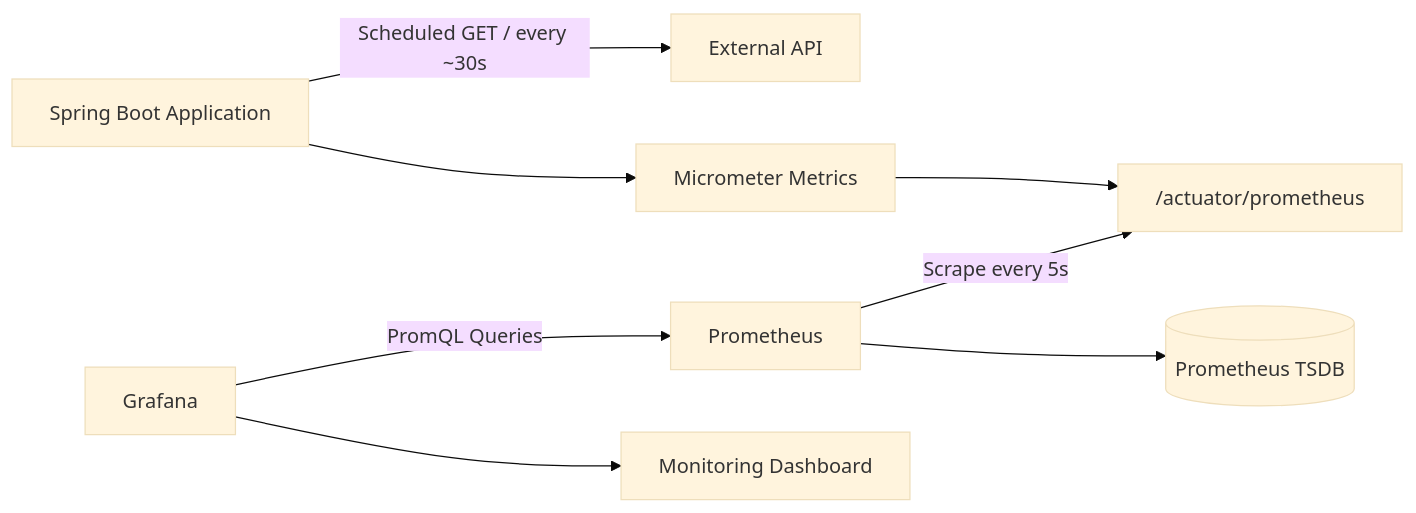
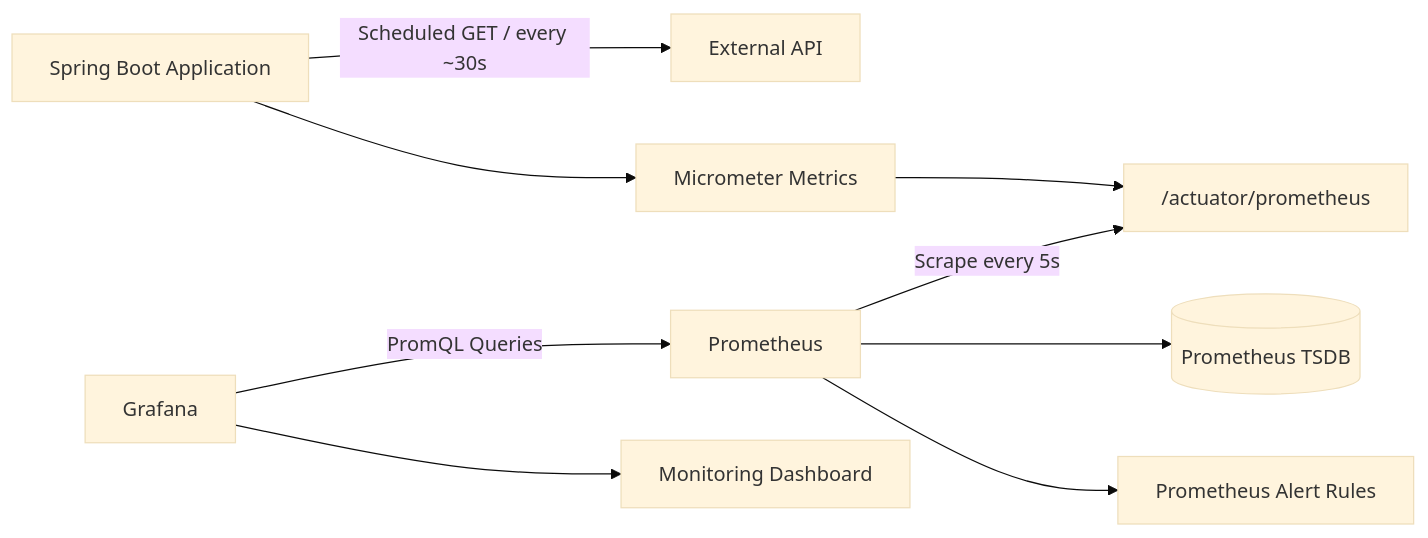
The diagram in README.md (furkanuzunz/spring-boot-api-monitoring), drawn with Mermaid (base theme) before and after one commit. The commit also changed other lines of this file and 3 other files, not shown here.

Commit message:
Add Prometheus alert rule for API failures

````diff
--- a/README.md
+++ b/README.md
@@ -13,10 +13,11 @@
 ```mermaid
 flowchart LR
     A[Spring Boot Application] -->|Scheduled GET / every ~30s| B[External API]
     A --> C[Micrometer Metrics]
     C --> D["/actuator/prometheus"]
     E[Prometheus] -->|Scrape every 5s| D
     E --> F[(Prometheus TSDB)]
     G[Grafana] -->|PromQL Queries| E
     G --> H[Monitoring Dashboard]
+    E --> I[Prometheus Alert Rules]
 ```
````
